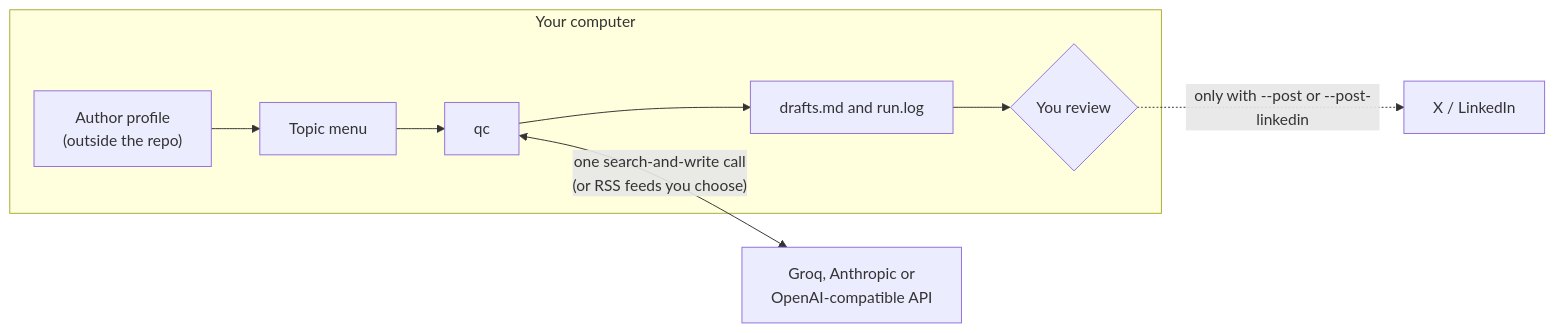
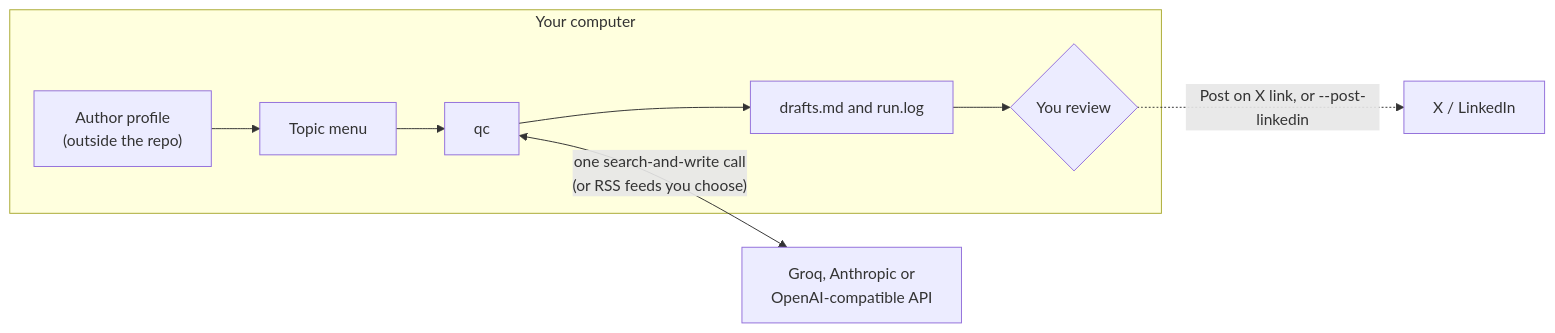
One commit to BearingQuest/questcast changed the diagram in README.md. Above: the diagram before and after it, drawn with Mermaid. The commit also changed other lines of this file and 15 other files, not shown here.

````diff
--- a/README.md
+++ b/README.md
@@ -43,11 +43,11 @@
 ```mermaid
 flowchart LR
   subgraph Mac["Your computer"]
     PR["Author profile<br/>(outside the repo)"] --> T["Topic menu"]
     T --> RUN["qc"]
     RUN --> DR["drafts.md and run.log"]
     DR --> YOU{"You review"}
   end
   RUN <-->|"one search-and-write call<br/>(or RSS feeds you choose)"| API["Groq, Anthropic or<br/>OpenAI-compatible API"]
-  YOU -. "only with --post or --post-linkedin" .-> PUB["X / LinkedIn"]
+  YOU -. "Post on X link, or --post-linkedin" .-> PUB["X / LinkedIn"]
 ```
````
